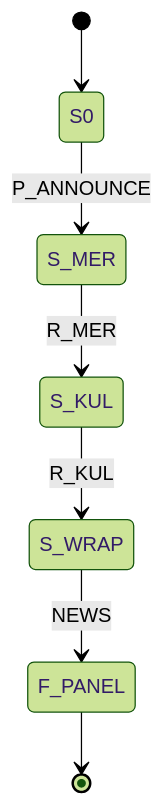
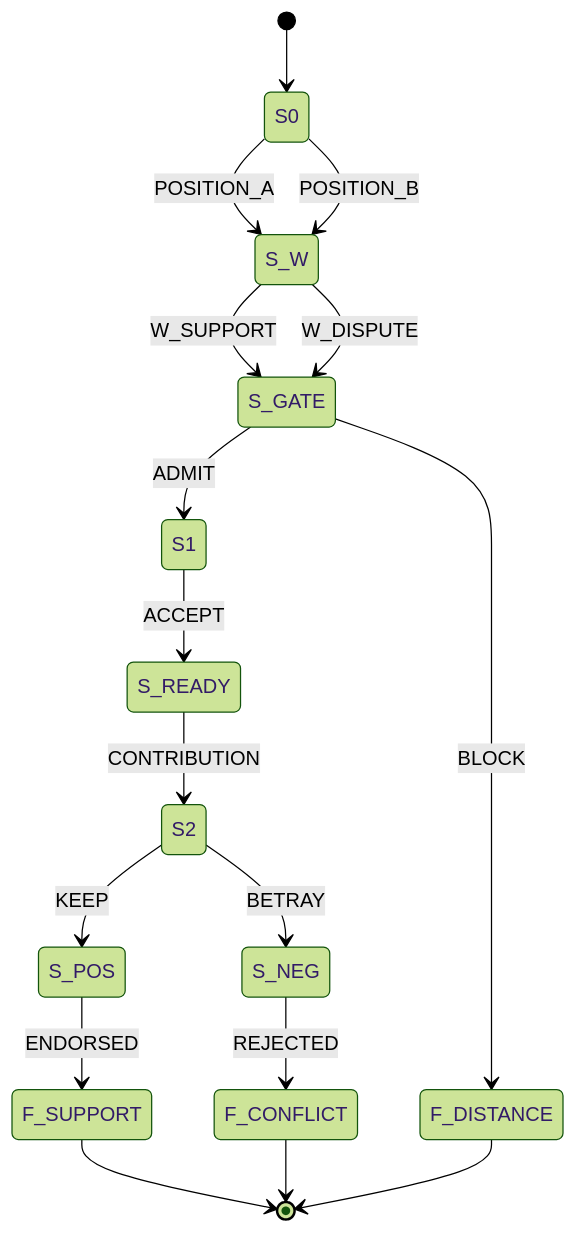
One commit to Stepami/golden-mouth changed diagram 13 of 16 in docs/content-review/stories.md. Above: the diagram before and after it, drawn with Mermaid (forest theme). The commit also changed other lines of this file and 6 other files, not shown here.

````diff
--- a/docs/content-review/stories.md
+++ b/docs/content-review/stories.md
@@ -1069,9 +1620,19 @@
 ```mermaid
 stateDiagram-v2
     [*] --> S0
-    S0 --> S_MER: P_ANNOUNCE
-    S_MER --> S_KUL: R_MER
-    S_KUL --> S_WRAP: R_KUL
-    S_WRAP --> F_PANEL: NEWS
-    F_PANEL --> [*]
+    S0 --> S_W: POSITION_A
+    S0 --> S_W: POSITION_B
+    S_W --> S_GATE: W_SUPPORT
+    S_W --> S_GATE: W_DISPUTE
+    S_GATE --> S1: ADMIT
+    S_GATE --> F_DISTANCE: BLOCK
+    S1 --> S_READY: ACCEPT
+    S_READY --> S2: CONTRIBUTION
+    S2 --> S_POS: KEEP
+    S2 --> S_NEG: BETRAY
+    S_POS --> F_SUPPORT: ENDORSED
+    S_NEG --> F_CONFLICT: REJECTED
+    F_SUPPORT --> [*]
+    F_CONFLICT --> [*]
+    F_DISTANCE --> [*]
 ```
````
